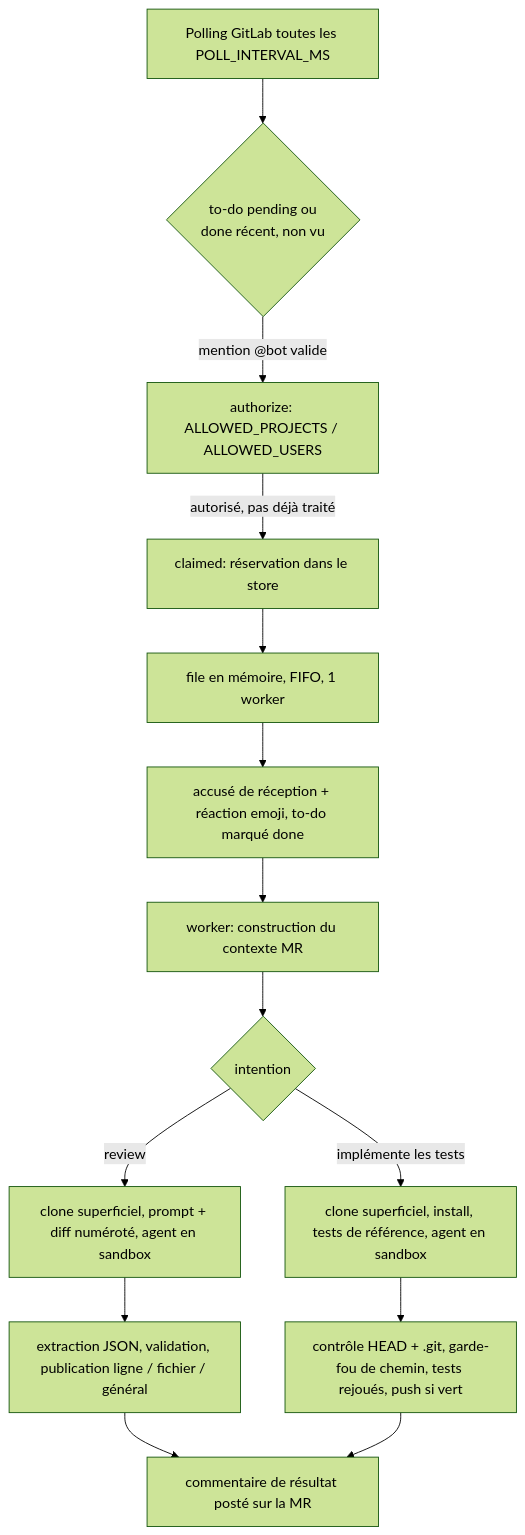
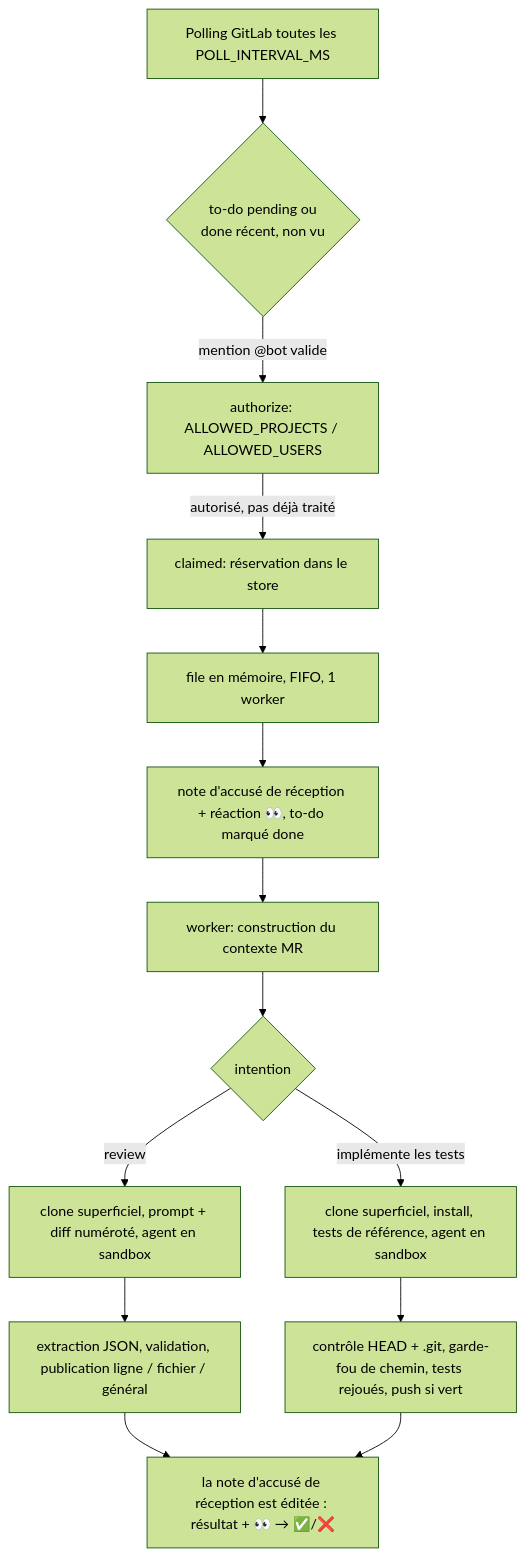
The diagram in README.md (Impre-visible/cds-agent), drawn with Mermaid (forest theme) before and after one commit. The commit also changed other lines of this file, not shown here.

````diff
--- a/README.md
+++ b/README.md
@@ -38,16 +38,16 @@
 ```mermaid
 flowchart TD
     A[Polling GitLab toutes les POLL_INTERVAL_MS] --> B{to-do pending ou\ndone récent, non vu}
     B -->|mention @bot valide| C[authorize: ALLOWED_PROJECTS / ALLOWED_USERS]
     C -->|autorisé, pas déjà traité| D[claimed: réservation dans le store]
     D --> E[file en mémoire, FIFO, 1 worker]
-    E --> F[accusé de réception + réaction emoji, to-do marqué done]
+    E --> F[note d'accusé de réception + réaction 👀, to-do marqué done]
     F --> G[worker: construction du contexte MR]
     G --> H{intention}
     H -->|review| I[clone superficiel, prompt + diff numéroté, agent en sandbox]
     I --> J[extraction JSON, validation, publication ligne / fichier / général]
     H -->|implémente les tests| K[clone superficiel, install, tests de référence, agent en sandbox]
     K --> L[contrôle HEAD + .git, garde-fou de chemin, tests rejoués, push si vert]
-    J --> M[commentaire de résultat posté sur la MR]
+    J --> M[la note d'accusé de réception est éditée : résultat + 👀 → ✅/❌]
     L --> M
 ```
````
